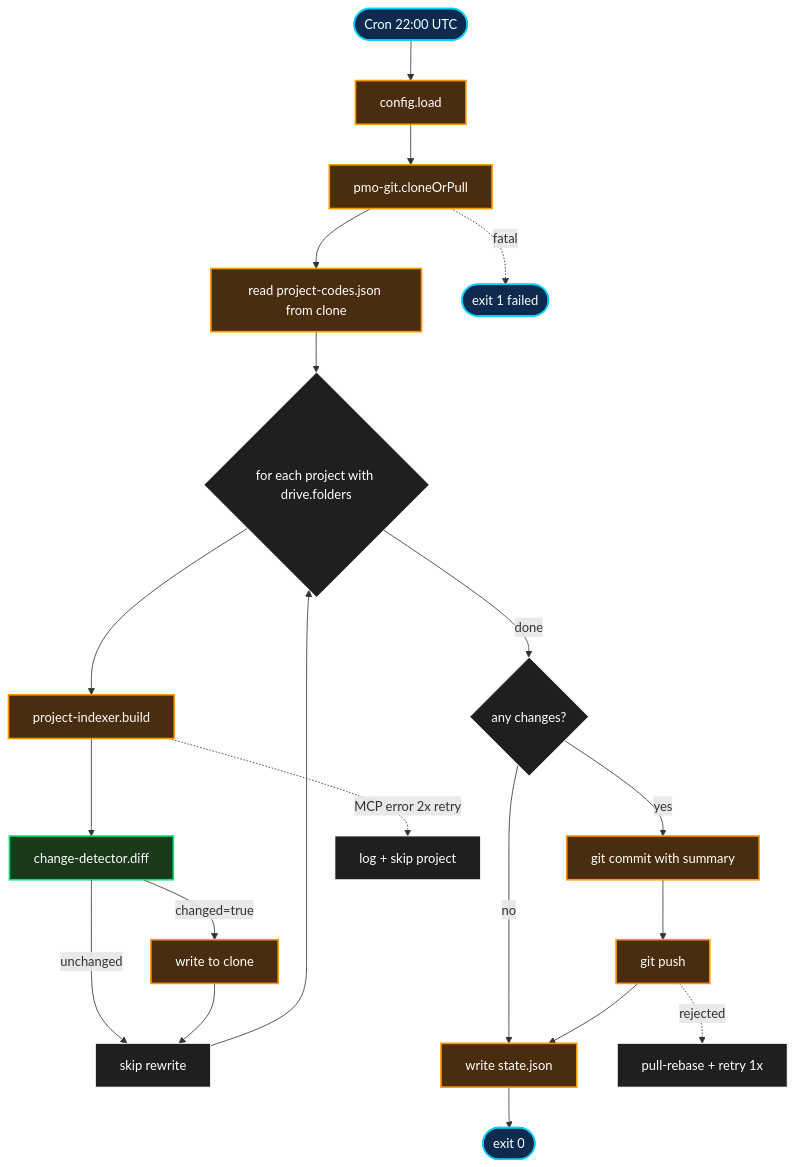
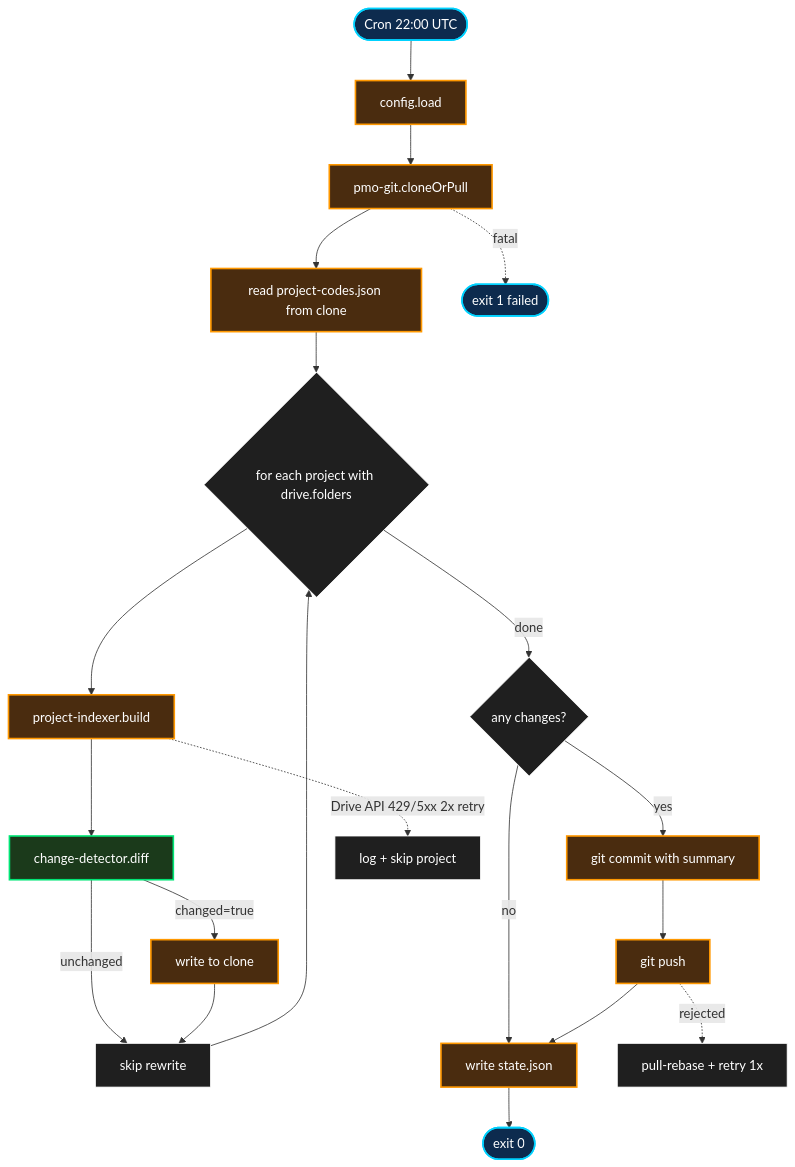
The diagram in docs/superpowers/specs/2026-04-15-gdrive-index-design.md (pteru/JARVIS), drawn with Mermaid before and after one commit. The commit also changed other lines of this file, not shown here.

First line of the commit message:
docs: revise gdrive-index auth to service account direct

````diff
--- a/docs/superpowers/specs/2026-04-15-gdrive-index-design.md
+++ b/docs/superpowers/specs/2026-04-15-gdrive-index-design.md
@@ -101,32 +107,32 @@
 ```mermaid
 flowchart TD
     START([Cron 22:00 UTC]) --> LOAD[config.load]
     LOAD --> PULL[pmo-git.cloneOrPull]
     PULL --> CODES[read project-codes.json from clone]
     CODES --> LOOP{for each project with drive.folders}
     LOOP --> INDEX[project-indexer.build]
     INDEX --> DIFF[change-detector.diff]
     DIFF -->|changed=true| WRITE[write to clone]
     DIFF -->|unchanged| NEXT[skip rewrite]
     WRITE --> NEXT
     NEXT --> LOOP
     LOOP -->|done| COMMIT{any changes?}
     COMMIT -->|yes| GIT_COMMIT[git commit with summary]
     COMMIT -->|no| STATE[write state.json]
     GIT_COMMIT --> PUSH[git push]
     PUSH --> STATE
     STATE --> DONE([exit 0])
 
-    INDEX -.->|MCP error 2x retry| SKIP[log + skip project]
+    INDEX -.->|Drive API 429/5xx 2x retry| SKIP[log + skip project]
     PUSH -.->|rejected| RETRY[pull-rebase + retry 1x]
     PULL -.->|fatal| FAIL([exit 1 failed])
 
     classDef default fill:#1f1f1f,stroke:#fff,stroke-width:1px,color:#fff
     classDef pure fill:#1b3a1b,stroke:#00e676,stroke-width:2px,color:#fff
     classDef io fill:#4a2c0f,stroke:#ff9800,stroke-width:2px,color:#fff
     classDef start fill:#0d2b4e,stroke:#00d2ff,stroke-width:2px,color:#fff
 
     class START,DONE,FAIL start
     class DIFF pure
     class LOAD,PULL,CODES,INDEX,WRITE,GIT_COMMIT,PUSH,STATE io
 ```
````
